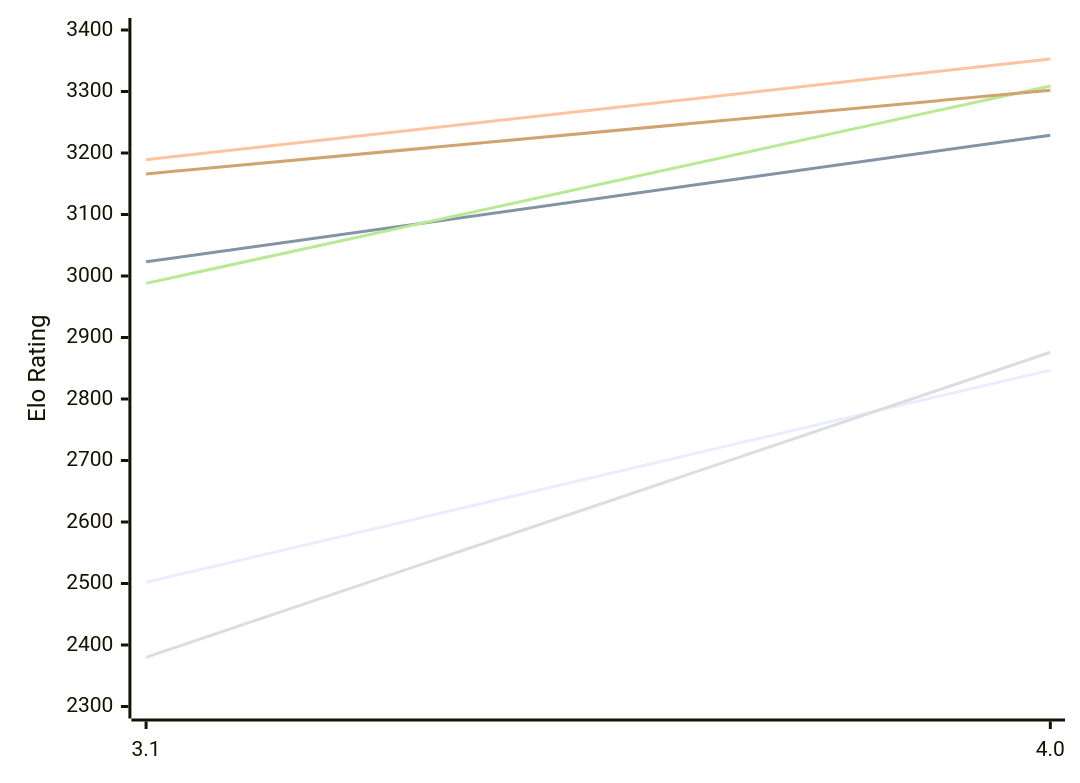
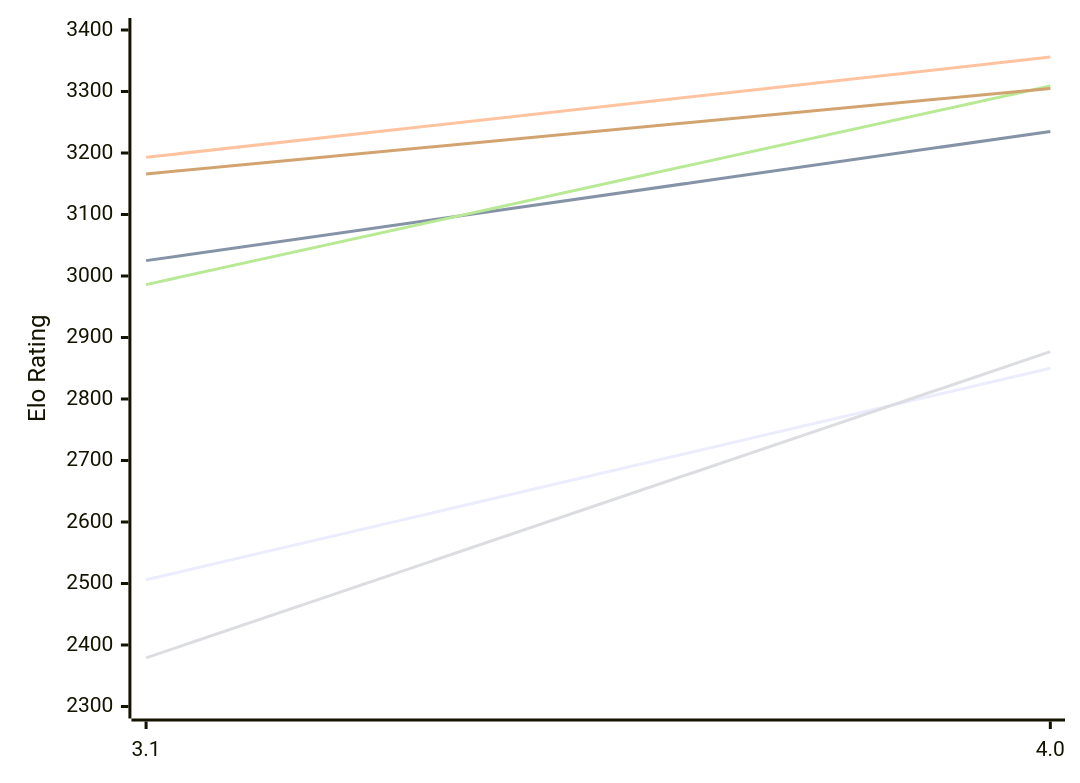
Before and after one commit to computer-chess-index/cci: the first of 2 diagrams in engines/Sykora.md, drawn with Mermaid. The commit also changed other lines of this file, not shown here.

Commit message:
Update CCI Ratings (ELO VLTC) - 2026-11-22

````diff
--- a/engines/Sykora.md
+++ b/engines/Sykora.md
@@ -53,12 +53,12 @@
 ```mermaid
 %%{init: {"theme":"base","themeVariables":{"seriesColors:['#a3a3a3','#222221','#faa371']}}}%%
 xychart-beta
   x-axis ["3.1", "4.0"]
   y-axis "Elo Rating" 2300 --> 3400
-  line "E1: STC (8.0+0.08s)" [2502, 2847]
-  line "E1: LTC (60.0+0.60s)" [3023, 3229]
-  line "E1: VLTC (2m24s+1.12s)" [3189, 3353]
-  line "P1: STC (8.0+0.08s)" [2380, 2876]
-  line "P1: LTC (60.0+0.60s)" [2988, 3309]
-  line "P1: VLTC (2m24s+1.12s)" [3166, 3302]
+  line "E1: STC (8.0+0.08s)" [2506, 2850]
+  line "E1: LTC (60.0+0.60s)" [3025, 3235]
+  line "E1: VLTC (2m24s+1.12s)" [3193, 3356]
+  line "P1: STC (8.0+0.08s)" [2379, 2877]
+  line "P1: LTC (60.0+0.60s)" [2986, 3309]
+  line "P1: VLTC (2m24s+1.12s)" [3166, 3305]
 ```
````
